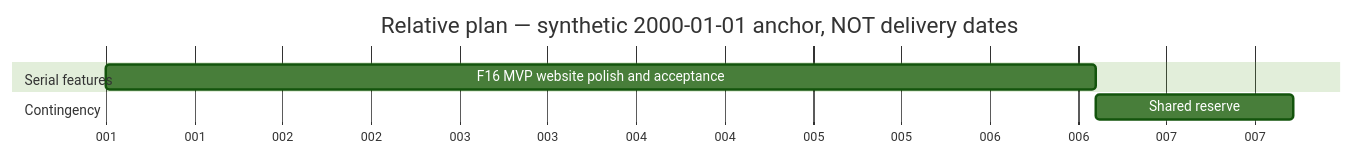
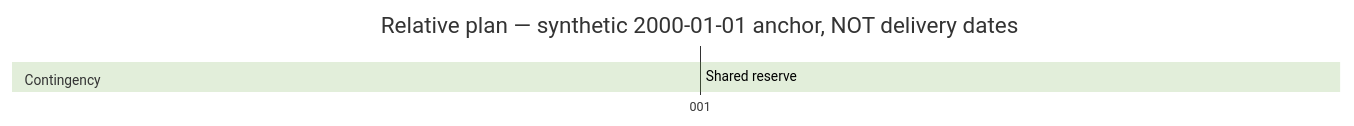
Before and after one commit to ziuld/beneath-the-code-page: the diagram in docs/planning/gantt.mmd, drawn with Mermaid (forest theme). The commit also changed 63 other files, not shown here.

First line of the commit message:
feat(F16): complete local MVP website acceptance (#9)

```diff
--- a/docs/planning/gantt.mmd
+++ b/docs/planning/gantt.mmd
@@ -1,8 +1,7 @@
 gantt
     title Relative plan — synthetic 2000-01-01 anchor, NOT delivery dates
     dateFormat YYYY-MM-DDTHH:mm
     axisFormat %j
     section Serial features
-    F16 MVP website polish and acceptance :F16, 2000-01-01T00:00, 2000-01-06T14:24
     section Contingency
-    Shared reserve :reserve, 2000-01-06T14:24, 2000-01-07T17:16
+    Shared reserve :reserve, 2000-01-01T00:00, 2000-01-01T00:00
```
